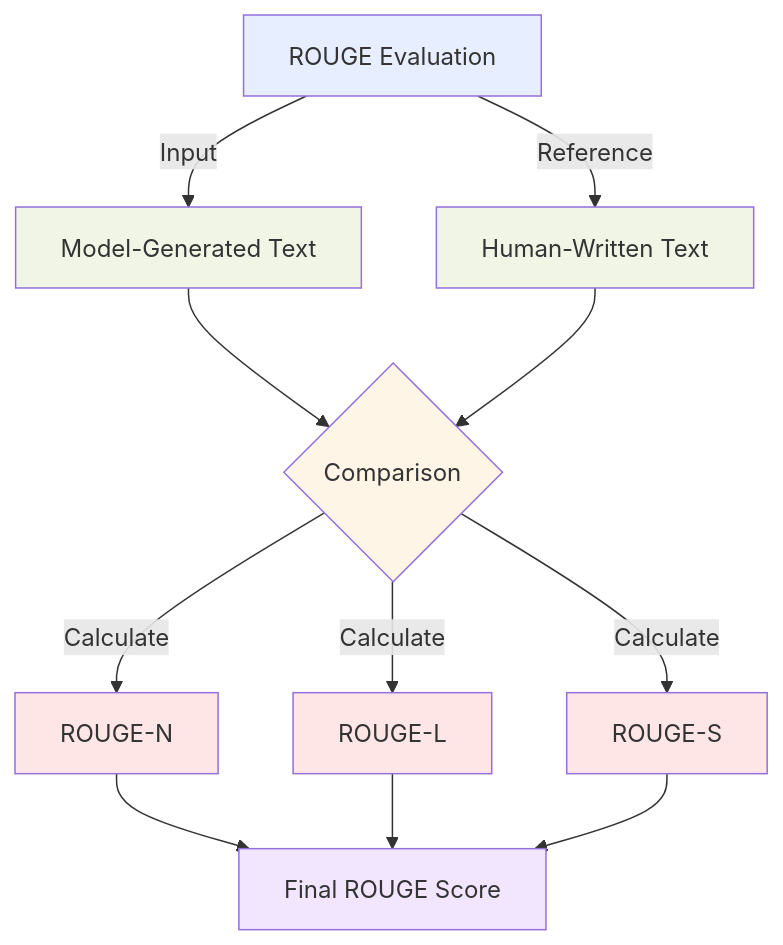
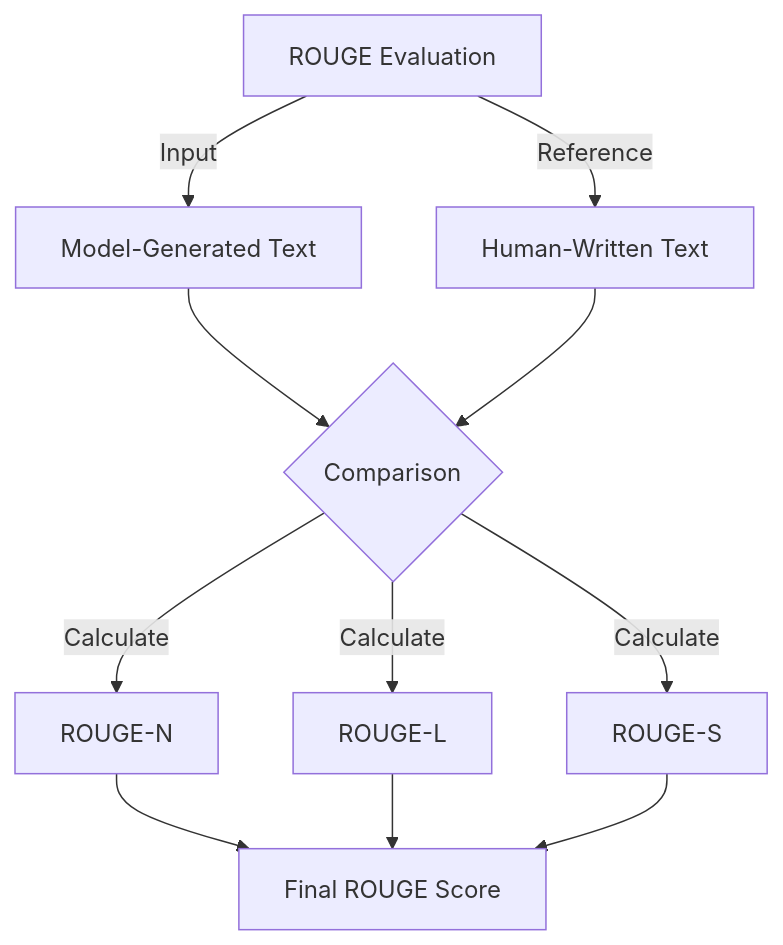
Before and after one commit to CloudCityPress/aws-aif-c01: the third of 4 diagrams in english/30_40_Methods_to_evaluate_foundation_model_performance.md, drawn with Mermaid. The commit also changed other lines of this file and 16 other files, not shown here.

Commit message:
updating Mermaids

````diff
--- a/english/30_40_Methods_to_evaluate_foundation_model_performance.md
+++ b/english/30_40_Methods_to_evaluate_foundation_model_performance.md
@@ -109,21 +97,14 @@
 ```mermaid
 flowchart TD
     A[ROUGE Evaluation] -->|Input| B[Model-Generated Text]
     A -->|Reference| C[Human-Written Text]
     B --> D{Comparison}
     C --> D
     D -->|Calculate| E[ROUGE-N]
     D -->|Calculate| F[ROUGE-L]
     D -->|Calculate| G[ROUGE-S]
     E --> H[Final ROUGE Score]
     F --> H
     G --> H
-    style A fill:#e6eeff
-    style B fill:#f0f5e6
-    style C fill:#f0f5e6
-    style D fill:#fff5e6
-    style E fill:#ffe6e6
-    style F fill:#ffe6e6
-    style G fill:#ffe6e6
-    style H fill:#f2e6ff
+
 ```
````
